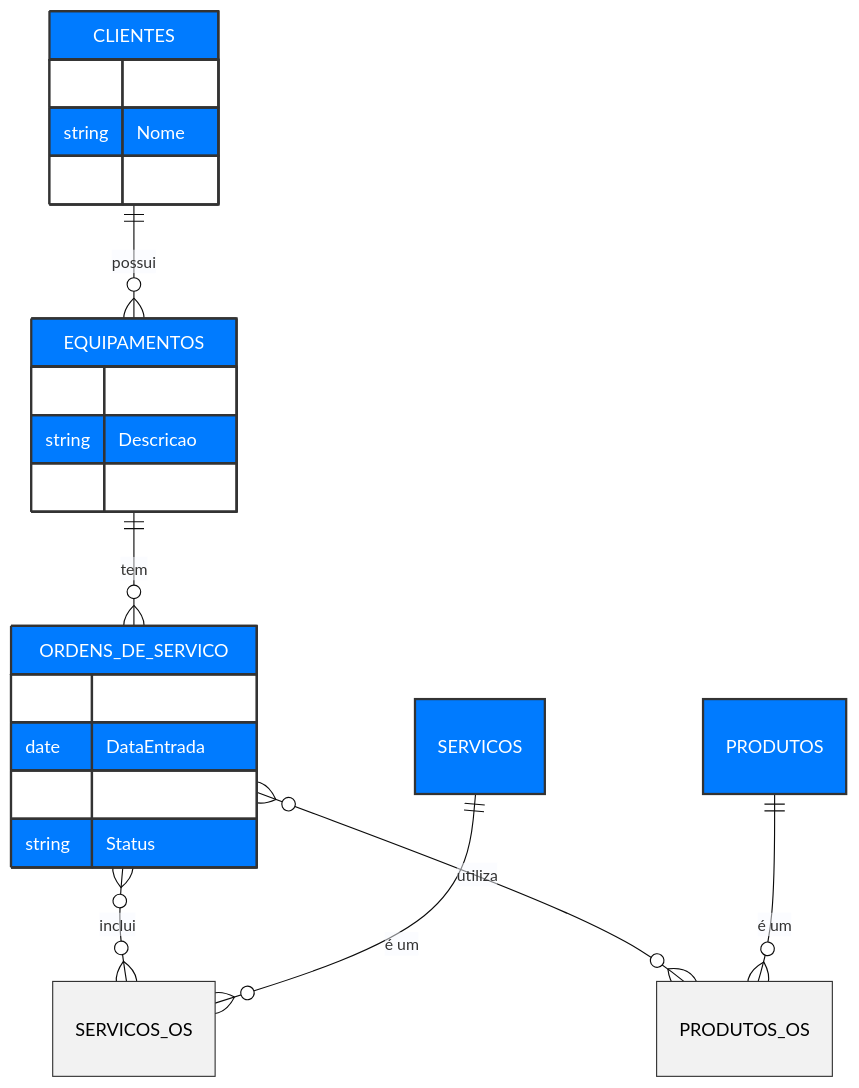
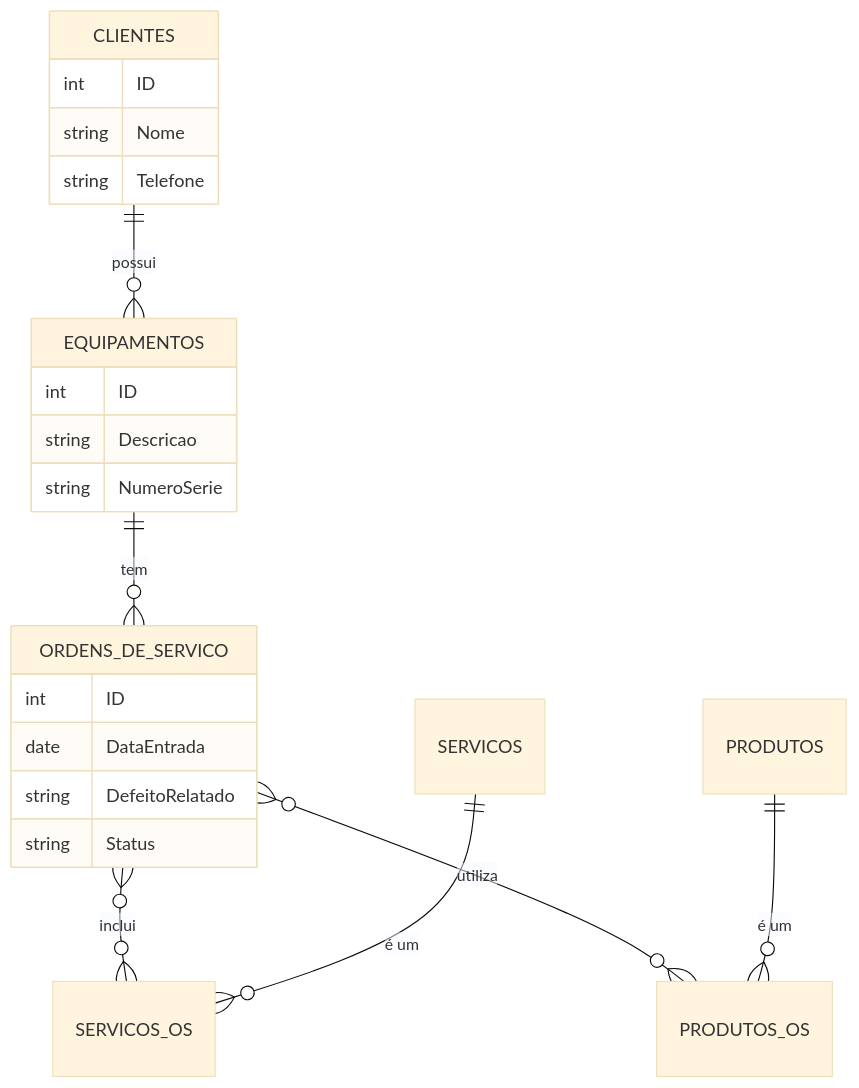
Before and after one commit to Naasso/Sistema-de-Gest-o-Empresarial-Full-Stack: the second of 3 diagrams in README.md, drawn with Mermaid (base theme). The commit also changed other lines of this file, not shown here.

````diff
--- a/README.md
+++ b/README.md
@@ -118,36 +118,36 @@
 ```mermaid
 erDiagram
     CLIENTES ||--o{ EQUIPAMENTOS : "possui"
     EQUIPAMENTOS ||--o{ ORDENS_DE_SERVICO : "tem"
     
     ORDENS_DE_SERVICO }o--o{ SERVICOS_OS : "inclui"
     SERVICOS ||--o{ SERVICOS_OS : "é um"
 
     ORDENS_DE_SERVICO }o--o{ PRODUTOS_OS : "utiliza"
     PRODUTOS ||--o{ PRODUTOS_OS : "é um"
 
     CLIENTES {
         int ID
         string Nome
         string Telefone
     }
     EQUIPAMENTOS {
         int ID
         string Descricao
         string NumeroSerie
     }
     ORDENS_DE_SERVICO {
         int ID
         date DataEntrada
         string DefeitoRelatado
         string Status
     }
 
     %% Definição de Estilos Corrigida
-    classDef mainEntity fill:#007bff,stroke:#333,stroke-width:2px,color:white,headerBkg:#007bff,headerColor:white,oddBkg:#ffffff,evenBkg:#ffffff
-    classDef linkingEntity fill:#f2f2f2,stroke:#333,stroke-width:1px,color:black
+    %%classDef mainEntity fill:#007bff,stroke:#333,stroke-width:2px,color:white,headerBkg:#007bff,headerColor:white,oddBkg:#ffffff,evenBkg:#ffffff
+    %%classDef linkingEntity fill:#f2f2f2,stroke:#333,stroke-width:1px,color:black
 
     %% Aplicação dos Estilos
-    class CLIENTES,EQUIPAMENTOS,ORDENS_DE_SERVICO,SERVICOS,PRODUTOS mainEntity
-    class SERVICOS_OS,PRODUTOS_OS linkingEntity
+    %%class CLIENTES,EQUIPAMENTOS,ORDENS_DE_SERVICO,SERVICOS,PRODUTOS mainEntity
+    %%class SERVICOS_OS,PRODUTOS_OS linkingEntity
 ```
````
